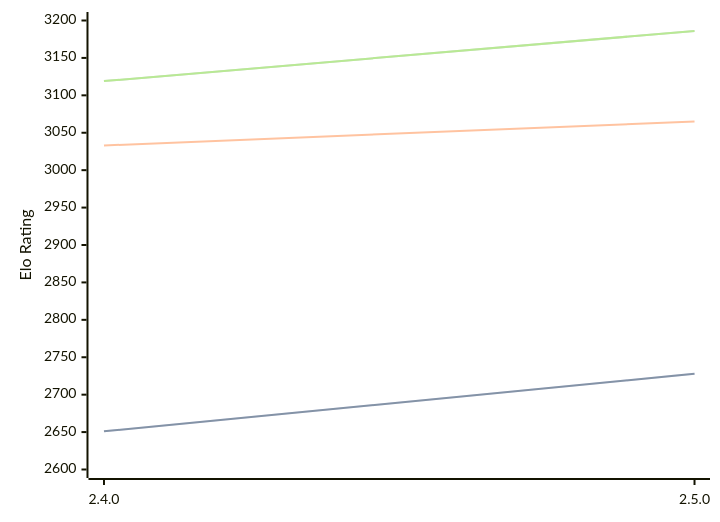
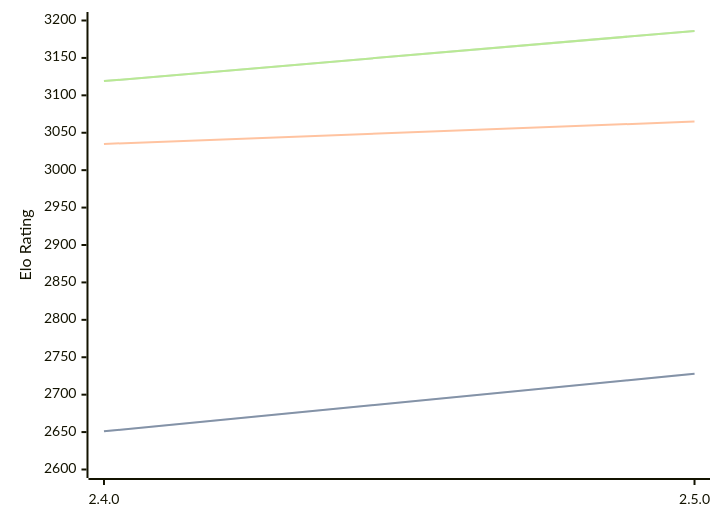
Before and after one commit to computer-chess-index/cci: the diagram in engines/Sturddle2.md, drawn with Mermaid. The commit also changed other lines of this file, not shown here.

````diff
--- a/engines/Sturddle2.md
+++ b/engines/Sturddle2.md
@@ -37,11 +37,11 @@
 ```mermaid
 %%{init: {"theme":"base","themeVariables":{"seriesColors:['#a3a3a3','#222221','#faa371']}}}%%
 xychart-beta
   x-axis ["2.4.0", "2.5.0"]
   y-axis "Elo Rating" 2600 --> 3200
   line "STC (8.0+0.08s)" [2651, 2728]
   line "STC (8.0+0.08s)" [2651, 2728]
-  line "LTC (60.0+0.60s)" [3033, 3065]
+  line "LTC (60.0+0.60s)" [3035, 3065]
   line "VLTC (2m24s+1.12s)" [3119, 3186]
   line "VLTC (2m24s+1.12s)" [3119, 3186]
 ```
````
